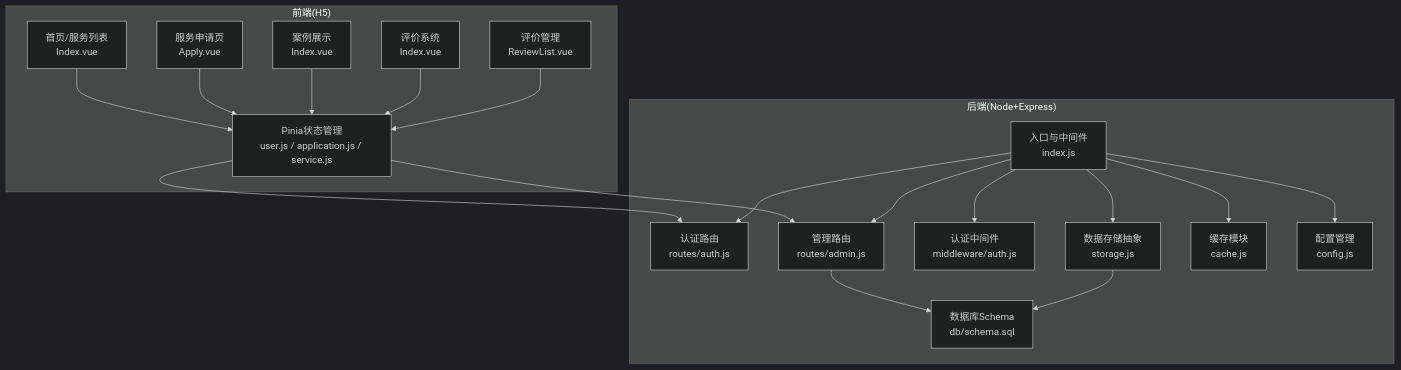
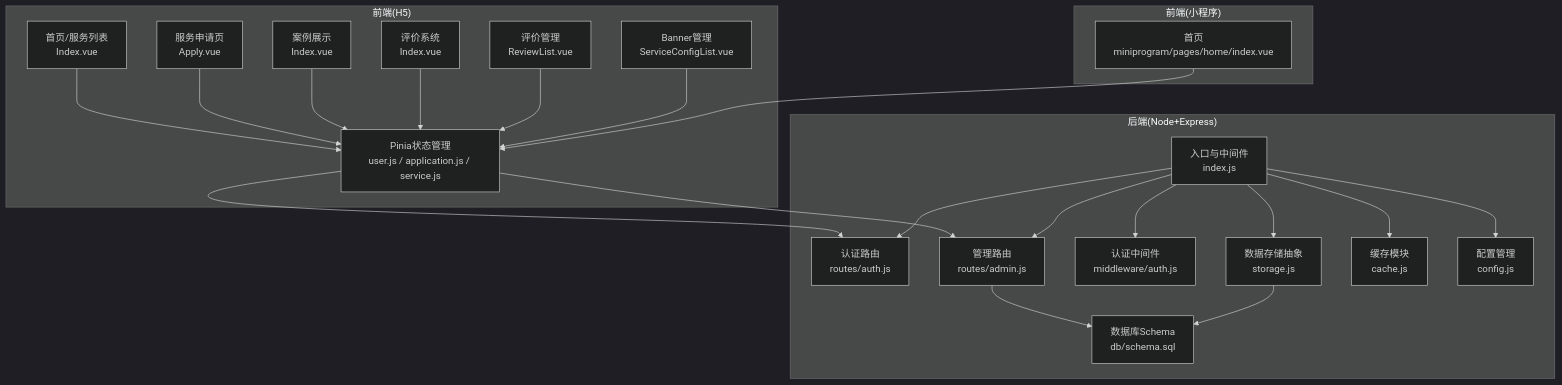
Before and after one commit to Giraffe-Han/microAPP: the first of 14 diagrams in .qoder/repowiki/zh/content/业务功能模块/业务功能模块.md, drawn with Mermaid (dark theme). The commit also changed other lines of this file and 93 other files, not shown here.

Commit message:
fix: 恢复原始Banner图片URL到配置中

````diff
--- a/.qoder/repowiki/zh/content/业务功能模块/业务功能模块.md
+++ b/.qoder/repowiki/zh/content/业务功能模块/业务功能模块.md
@@ -42,36 +53,42 @@
 ```mermaid
 graph TB
 subgraph "前端(H5)"
 FE_Home["首页/服务列表<br/>Index.vue"]
 FE_Apply["服务申请页<br/>Apply.vue"]
 FE_Cases["案例展示<br/>Index.vue"]
 FE_Reviews["评价系统<br/>Index.vue"]
 FE_AdminReviews["评价管理<br/>ReviewList.vue"]
+FE_AdminBanner["Banner管理<br/>ServiceConfigList.vue"]
 FE_Stores["Pinia状态管理<br/>user.js / application.js / service.js"]
+end
+subgraph "前端(小程序)"
+FE_MiniprogramHome["首页<br/>miniprogram/pages/home/index.vue"]
 end
 subgraph "后端(Node+Express)"
 BE_Index["入口与中间件<br/>index.js"]
 BE_RAuth["认证路由<br/>routes/auth.js"]
 BE_RAdmin["管理路由<br/>routes/admin.js"]
 BE_MAuth["认证中间件<br/>middleware/auth.js"]
 BE_Storage["数据存储抽象<br/>storage.js"]
 BE_Cache["缓存模块<br/>cache.js"]
 BE_DB["数据库Schema<br/>db/schema.sql"]
 BE_Config["配置管理<br/>config.js"]
 end
 FE_Home --> FE_Stores
 FE_Apply --> FE_Stores
 FE_Cases --> FE_Stores
 FE_Reviews --> FE_Stores
 FE_AdminReviews --> FE_Stores
+FE_AdminBanner --> FE_Stores
+FE_MiniprogramHome --> FE_Stores
 FE_Stores --> BE_RAuth
 FE_Stores --> BE_RAdmin
 BE_Index --> BE_RAuth
 BE_Index --> BE_RAdmin
 BE_Index --> BE_MAuth
 BE_Index --> BE_Storage
 BE_Index --> BE_Cache
 BE_Index --> BE_Config
 BE_RAdmin --> BE_DB
 BE_Storage --> BE_DB
 ```
````
